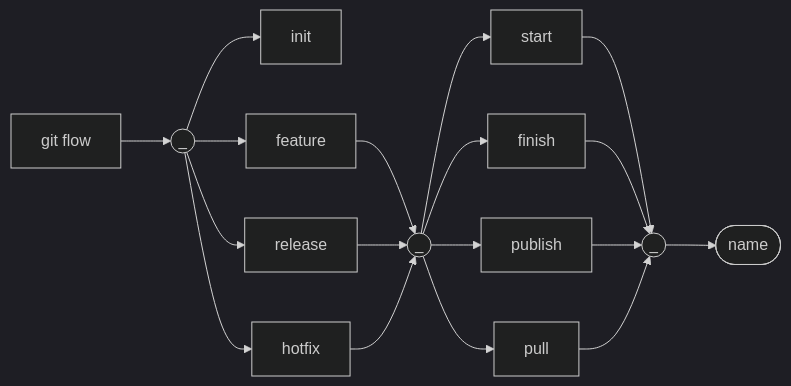
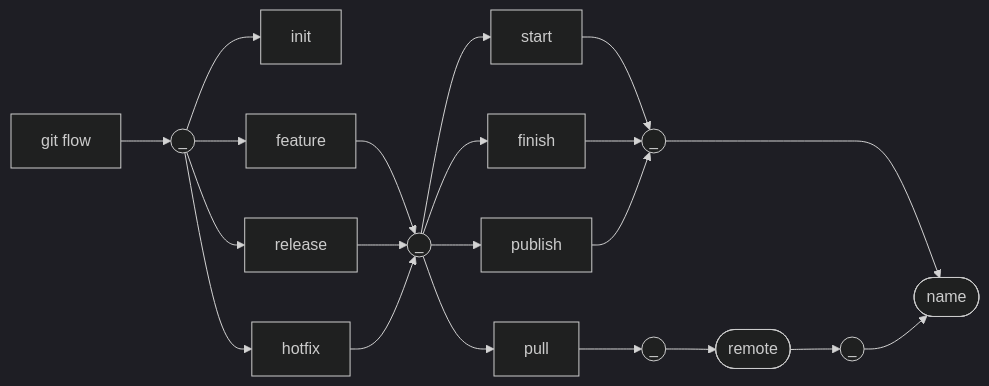
Before and after one commit to barrantesgerman/blog: the diagram in _posts/2021-07-16-git-flow-cheat-sheet.md, drawn with Mermaid. The commit also changed other lines of this file, not shown here.

```diff
--- a/_posts/2021-07-16-git-flow-cheat-sheet.md
+++ b/_posts/2021-07-16-git-flow-cheat-sheet.md
@@ -85,10 +177,14 @@
 {% mermaid %}
 %%{init: {'theme':'dark'}}%%
 graph LR
     GF[git flow] --> SP1((_))
     SP1 --> IN[init] & FE[feature] & RE[release] & HF[hotfix]
     FE & RE & HF --> SP2((_))
     SP2 --> ST[start] & FI[finish] & PB[publish] & PL[pull]
-    ST & FI & PB & PL --> SP3((_))
+    ST & FI & PB --> SP3((_))
     SP3 --> NM([name])
+    PL --> SP4((_))
+    SP4 --> RT([remote])
+    RT --> SP5((_))
+    SP5 --> NM
 {% endmermaid %}
```
